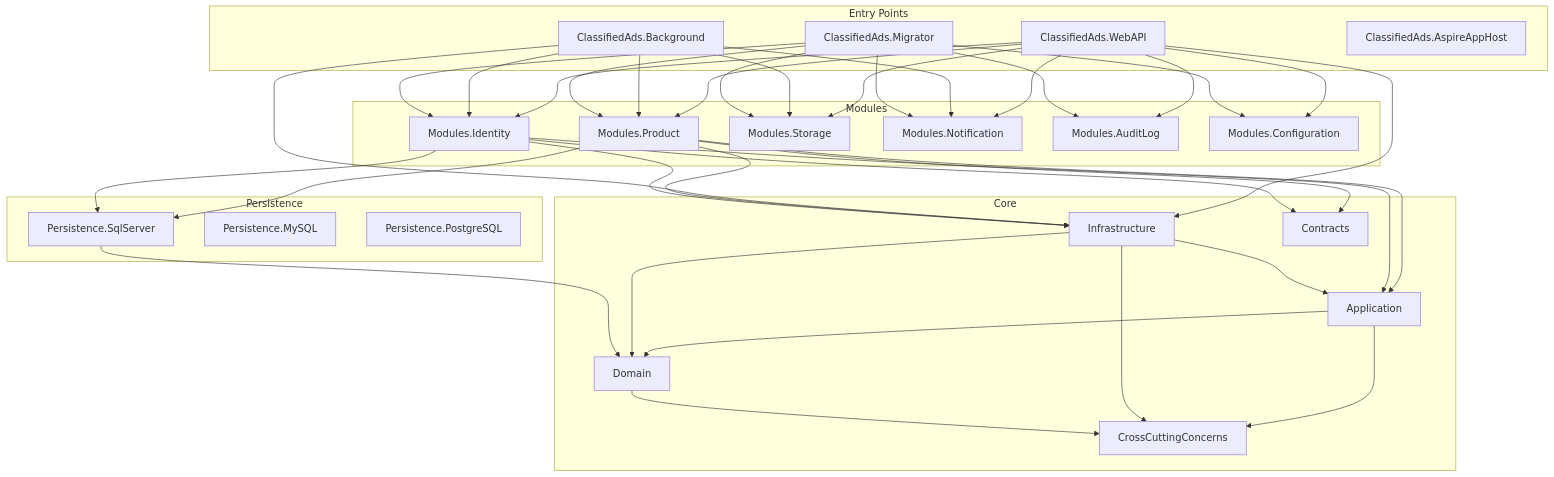
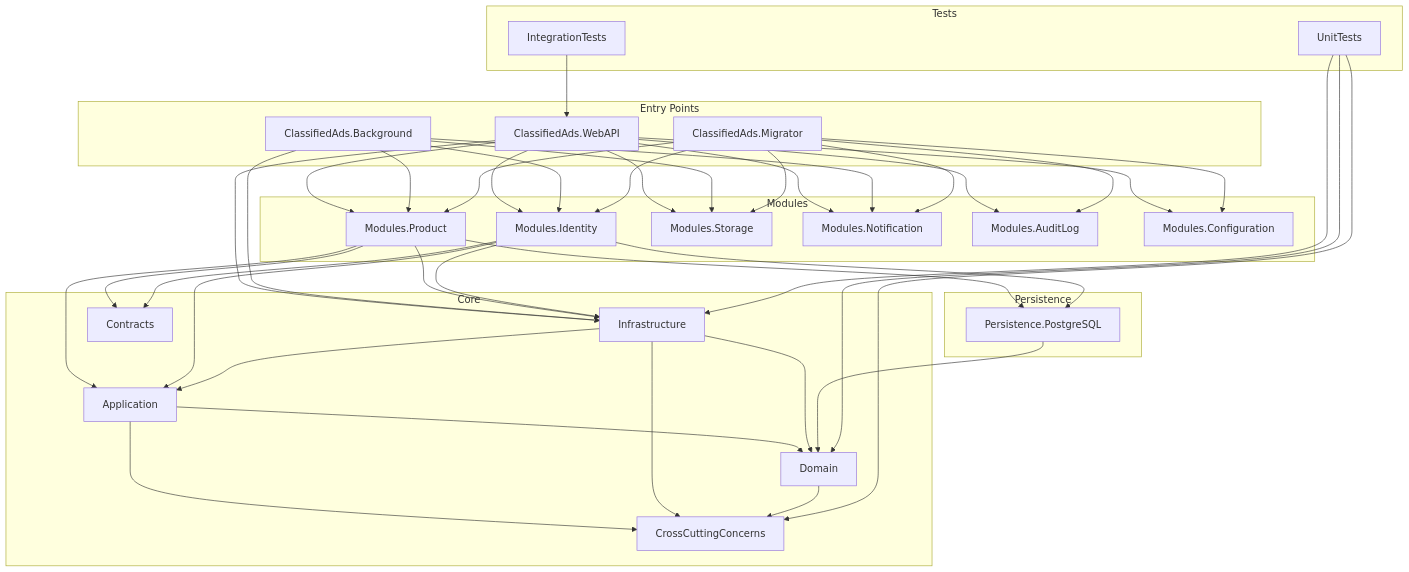
The diagram in docs-architecture/01-solution-structure.md (tinse-22/GSP26SE43.ModularMonolith), drawn with Mermaid before and after one commit. The commit also changed other lines of this file and 4 other files, not shown here.

````diff
--- a/docs-architecture/01-solution-structure.md
+++ b/docs-architecture/01-solution-structure.md
@@ -67,74 +69,82 @@
 ```mermaid
 graph TB
     subgraph "Entry Points"
         WebAPI[ClassifiedAds.WebAPI]
         Background[ClassifiedAds.Background]
         Migrator[ClassifiedAds.Migrator]
-        Aspire[ClassifiedAds.AspireAppHost]
     end
 
     subgraph "Modules"
         Product[Modules.Product]
         Identity[Modules.Identity]
         Storage[Modules.Storage]
         Notification[Modules.Notification]
         AuditLog[Modules.AuditLog]
         Configuration[Modules.Configuration]
     end
 
     subgraph "Core"
         App[Application]
         Domain[Domain]
         Infra[Infrastructure]
         Contracts[Contracts]
         CrossCut[CrossCuttingConcerns]
     end
 
     subgraph "Persistence"
-        SqlServer[Persistence.SqlServer]
-        MySQL[Persistence.MySQL]
         PostgreSQL[Persistence.PostgreSQL]
+    end
+
+    subgraph "Tests"
+        UnitTests[UnitTests]
+        IntegTests[IntegrationTests]
     end
 
     WebAPI --> Product
     WebAPI --> Identity
     WebAPI --> Storage
     WebAPI --> Notification
     WebAPI --> AuditLog
     WebAPI --> Configuration
     WebAPI --> Infra
 
     Background --> Product
     Background --> Identity
     Background --> Storage
     Background --> Notification
     Background --> Infra
 
     Migrator --> Product
     Migrator --> Identity
     Migrator --> Storage
     Migrator --> Notification
     Migrator --> AuditLog
     Migrator --> Configuration
 
     Product --> App
     Product --> Contracts
     Product --> Infra
-    Product --> SqlServer
+    Product --> PostgreSQL
 
     Identity --> App
     Identity --> Contracts
     Identity --> Infra
-    Identity --> SqlServer
+    Identity --> PostgreSQL
 
     App --> Domain
     App --> CrossCut
 
     Infra --> App
     Infra --> Domain
     Infra --> CrossCut
 
     Domain --> CrossCut
 
-    SqlServer --> Domain
+    PostgreSQL --> Domain
+
+    UnitTests --> CrossCut
+    UnitTests --> Domain
+    UnitTests --> Infra
+
+    IntegTests --> WebAPI
 ```
````
